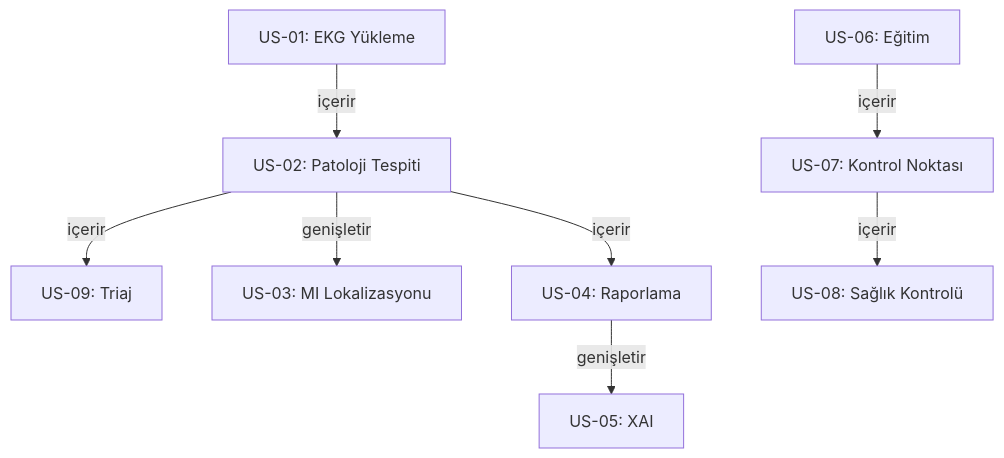
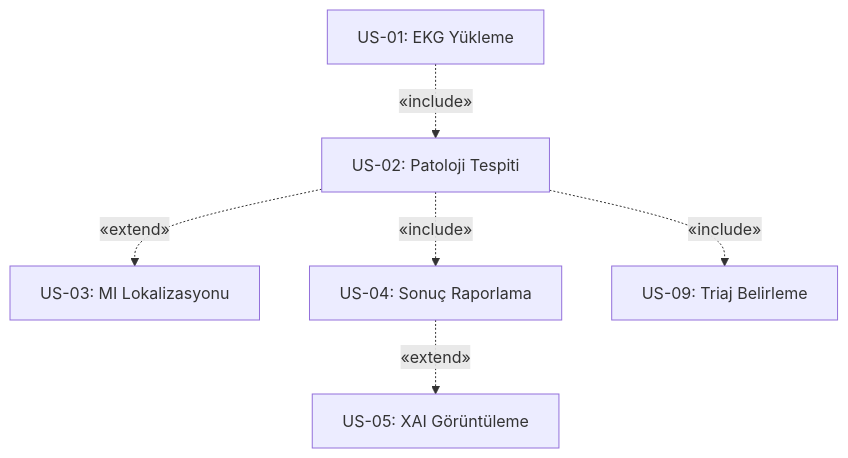
One commit to mUsaulug/CardioGuard-AI changed the second of 2 diagrams in docs/diagrams/02_use_case_diagram.md. Above: the diagram before and after it, drawn with Mermaid. The commit also changed other lines of this file and 3 other files, not shown here.

````diff
--- a/docs/diagrams/02_use_case_diagram.md
+++ b/docs/diagrams/02_use_case_diagram.md
@@ -364,11 +142,15 @@
 ```mermaid
-graph TB
-    UC1["US-01: EKG Yükleme"] -->|içerir| UC2["US-02: Patoloji Tespiti"]
-    UC2 -->|içerir| UC9["US-09: Triaj"]
-    UC2 -->|genişletir| UC3["US-03: MI Lokalizasyonu"]
-    UC2 -->|içerir| UC4["US-04: Raporlama"]
-    UC4 -->|genişletir| UC5["US-05: XAI"]
+graph TD
+    UC1["US-01: EKG Yükleme"]
+    UC2["US-02: Patoloji Tespiti"]
+    UC3["US-03: MI Lokalizasyonu"]
+    UC4["US-04: Sonuç Raporlama"]
+    UC5["US-05: XAI Görüntüleme"]
+    UC9["US-09: Triaj Belirleme"]
     
-    UC6["US-06: Eğitim"] -->|içerir| UC7["US-07: Kontrol Noktası"]
-    UC7 -->|içerir| UC8["US-08: Sağlık Kontrolü"]
+    UC1 -.->|"«include»"| UC2
+    UC2 -.->|"«include»"| UC9
+    UC2 -.->|"«extend»"| UC3
+    UC2 -.->|"«include»"| UC4
+    UC4 -.->|"«extend»"| UC5
 ```
````
